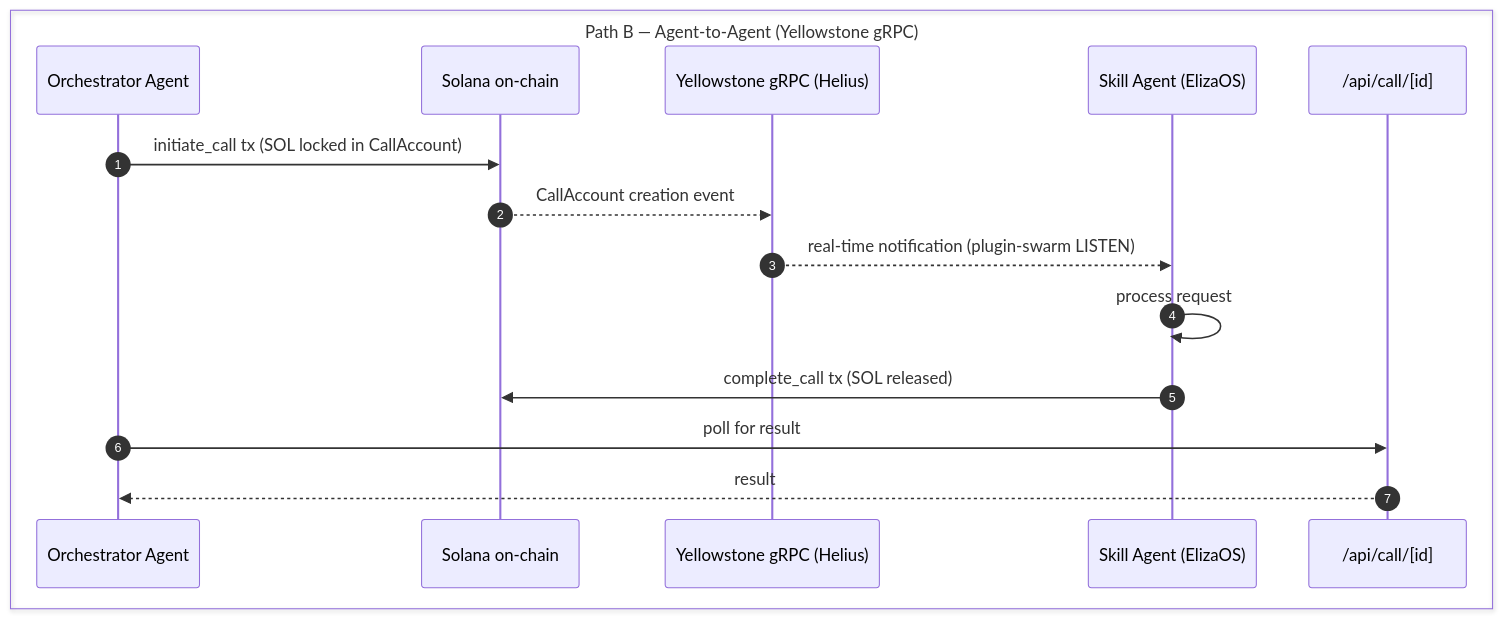
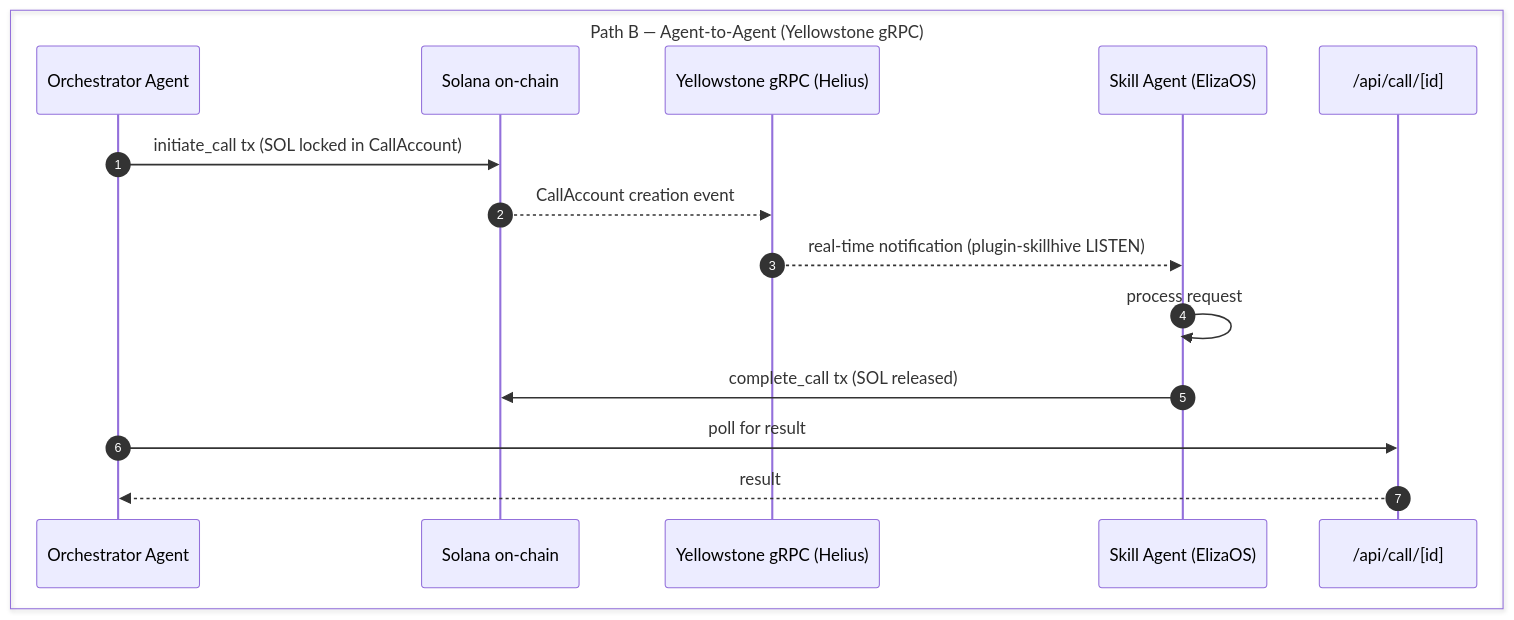
The sixth of 8 diagrams in README.md (windyinwind/skillhive-marketplace), drawn with Mermaid before and after one commit. The commit also changed other lines of this file and 91 other files, not shown here.

Commit message:
refactor: migrate project branding and dependencies from swarm to skillhive

````diff
--- a/README.md
+++ b/README.md
@@ -214,20 +214,20 @@
 ```mermaid
 sequenceDiagram
     autonumber
 
     box Path B — Agent-to-Agent (Yellowstone gRPC)
         participant OA as Orchestrator Agent
         participant SC as Solana on-chain
         participant YG as Yellowstone gRPC (Helius)
         participant SA as Skill Agent (ElizaOS)
         participant API as /api/call/[id]
     end
 
     OA->>SC: initiate_call tx (SOL locked in CallAccount)
     SC-->>YG: CallAccount creation event
-    YG-->>SA: real-time notification (plugin-swarm LISTEN)
+    YG-->>SA: real-time notification (plugin-skillhive LISTEN)
     SA->>SA: process request
     SA->>SC: complete_call tx (SOL released)
     OA->>API: poll for result
     API-->>OA: result
 ```
````
